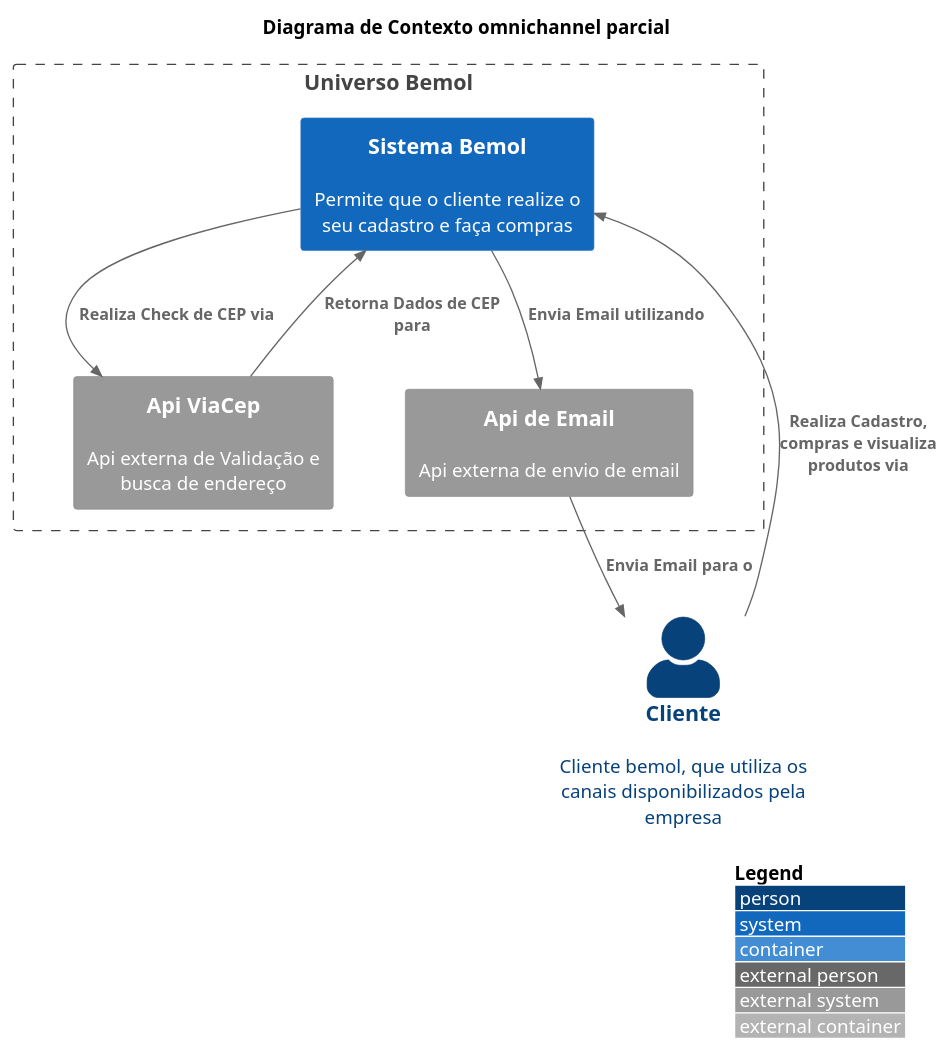
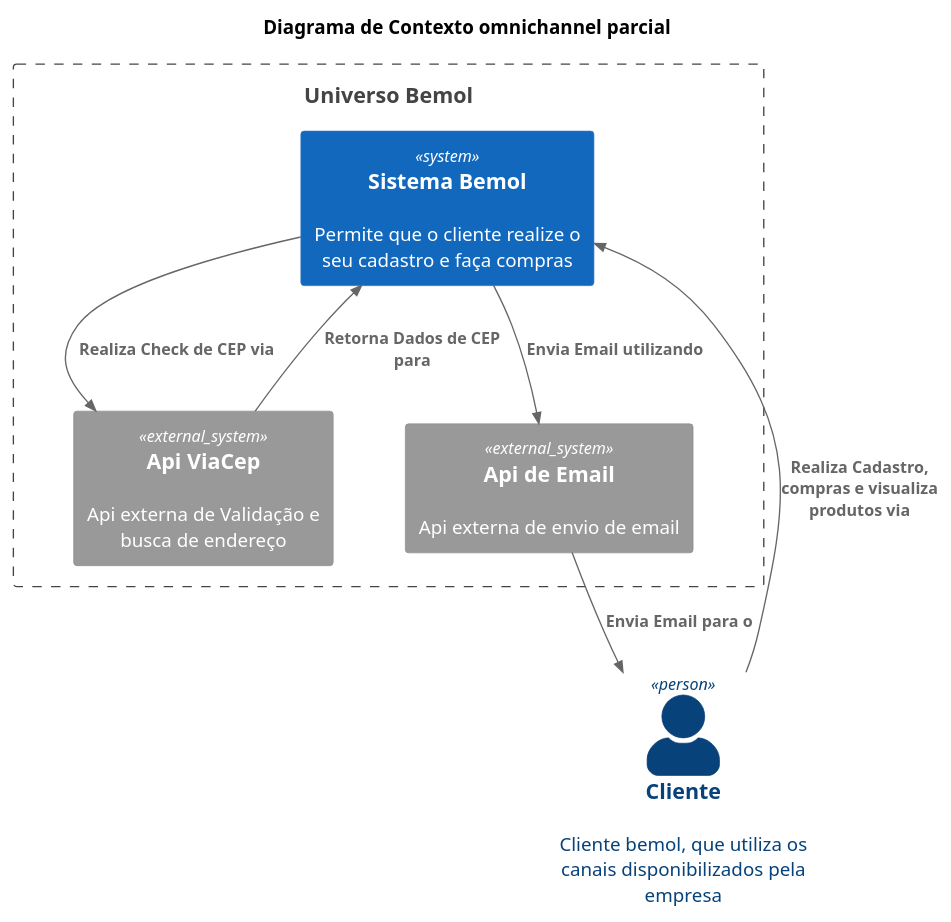
The diagram in Documentation/C4ContextDiagram.puml (CavalheiroCosta/DTBemolDigital), drawn with PlantUML before and after one commit. The commit also changed 5 other files, not shown here.

Commit message:
feat(documentation): Add c4ComponentDiagram and Pics

```diff
--- a/Documentation/C4ContextDiagram.puml
+++ b/Documentation/C4ContextDiagram.puml
@@ -1,23 +1,23 @@
 @startuml
 !include https://raw.githubusercontent.com/plantuml-stdlib/C4-PlantUML/master/C4_Container.puml
 
 title Diagrama de Contexto omnichannel parcial
-LAYOUT_WITH_LEGEND()
+'LAYOUT_WITH_LEGEND()
 SHOW_PERSON_PORTRAIT()
 
 Person(cliente, "Cliente", "Cliente bemol, que utiliza os canais disponibilizados pela empresa")
 
 Boundary(boundary, "Universo Bemol"){
     System_Ext(EmailApi, "Api de Email", "Api externa de envio de email")
     System_Ext(ViaCepApi, "Api ViaCep", "Api externa de Validação e busca de endereço")
 
     System(sistemaBemol, "Sistema Bemol", "Permite que o cliente realize o seu cadastro e faça compras")
 }
 
 Rel(cliente, sistemaBemol, "Realiza Cadastro, compras e visualiza produtos via")
 Rel(sistemaBemol, EmailApi, "Envia Email utilizando")
 Rel(EmailApi, cliente, "Envia Email para o")
 Rel(sistemaBemol, ViaCepApi, "Realiza Check de CEP via")
 Rel(ViaCepApi, sistemaBemol, "Retorna Dados de CEP para")
 
 @enduml
```
